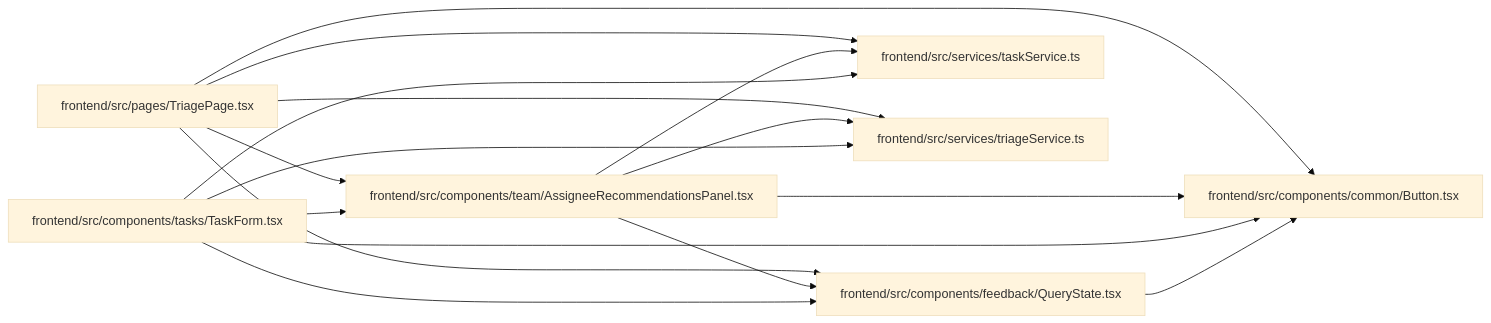
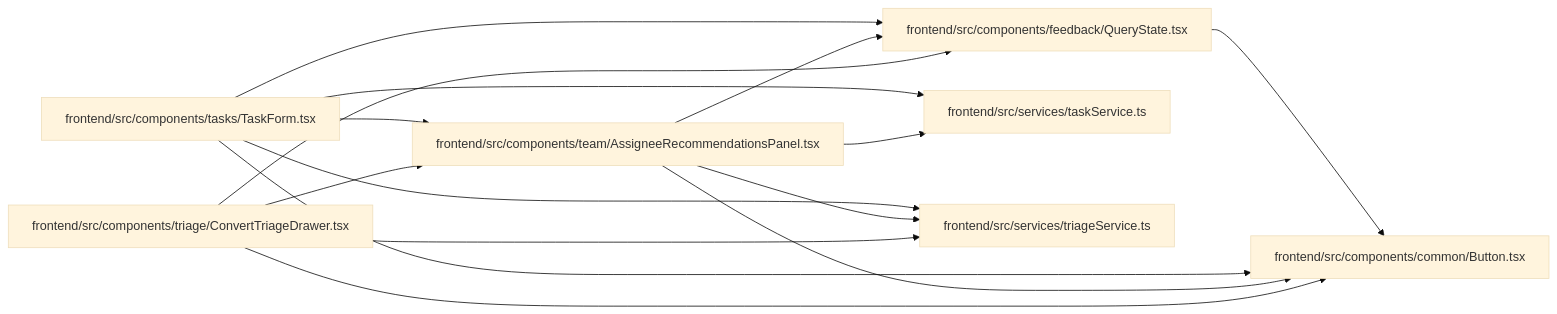
The diagram in docs/llm_wiki/modules/AssigneeRecommendationsPanel.md (Denissvgn/WorkChord), drawn with Mermaid (base theme) before and after one commit. The commit also changed other lines of this file and 2373 other files, not shown here.

````diff
--- a/docs/llm_wiki/modules/AssigneeRecommendationsPanel.md
+++ b/docs/llm_wiki/modules/AssigneeRecommendationsPanel.md
@@ -30,32 +30,31 @@
 ```mermaid
 flowchart LR
     n0["frontend/src/components/common/Button.tsx"]
     n1["frontend/src/components/feedback/QueryState.tsx"]
     n2["frontend/src/components/tasks/TaskForm.tsx"]
     n3["frontend/src/components/team/AssigneeRecommendationsPanel.tsx"]
-    n4["frontend/src/pages/TriagePage.tsx"]
+    n4["frontend/src/components/triage/ConvertTriageDrawer.tsx"]
     n5["frontend/src/services/taskService.ts"]
     n6["frontend/src/services/triageService.ts"]
     n1 --> n0
     n2 --> n0
     n2 --> n1
     n2 --> n3
     n2 --> n5
     n2 --> n6
     n3 --> n0
     n3 --> n1
     n3 --> n5
     n3 --> n6
     n4 --> n0
     n4 --> n1
     n4 --> n3
-    n4 --> n5
     n4 --> n6
     click n0 "../modules/Button.md"
     click n1 "../modules/QueryState.md"
     click n2 "../modules/TaskForm.md"
     click n3 "../modules/AssigneeRecommendationsPanel.md"
-    click n4 "../modules/TriagePage.md"
+    click n4 "../modules/ConvertTriageDrawer.md"
     click n5 "../modules/taskService.md"
     click n6 "../modules/triageService.md"
 ```
````
